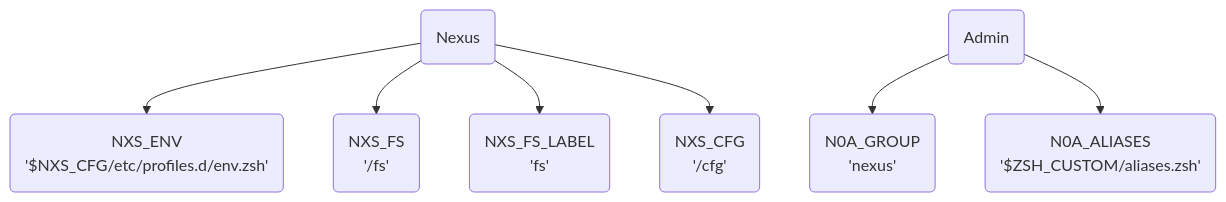
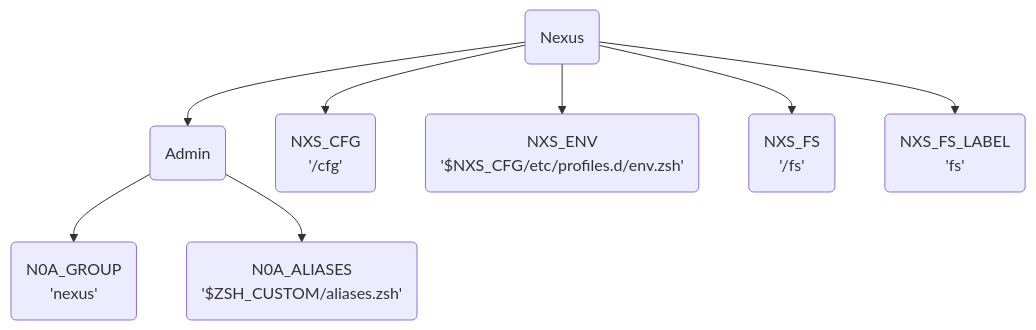
Before and after one commit to agenkit/GHost: the diagram in setup/basic.md, drawn with Mermaid.

````diff
--- a/setup/basic.md
+++ b/setup/basic.md
@@ -35,14 +35,15 @@
 ```mermaid
 graph TB
    n("Nexus")
    a("Admin")
    cfg("NXS_CFG<br>'/cfg'")
    env("NXS_ENV<br>'$NXS_CFG/etc/profiles.d/env.zsh'")
    fs("NXS_FS<br>'/fs'")
    fsl("NXS_FS_LABEL<br>'fs'")
    grp("N0A_GROUP<br>'nexus'")
    as("N0A_ALIASES<br>'$ZSH_CUSTOM/aliases.zsh'")
 
    n --> env & fs & fsl & cfg
+   n --> a
    a --> grp & as
 ```
````
